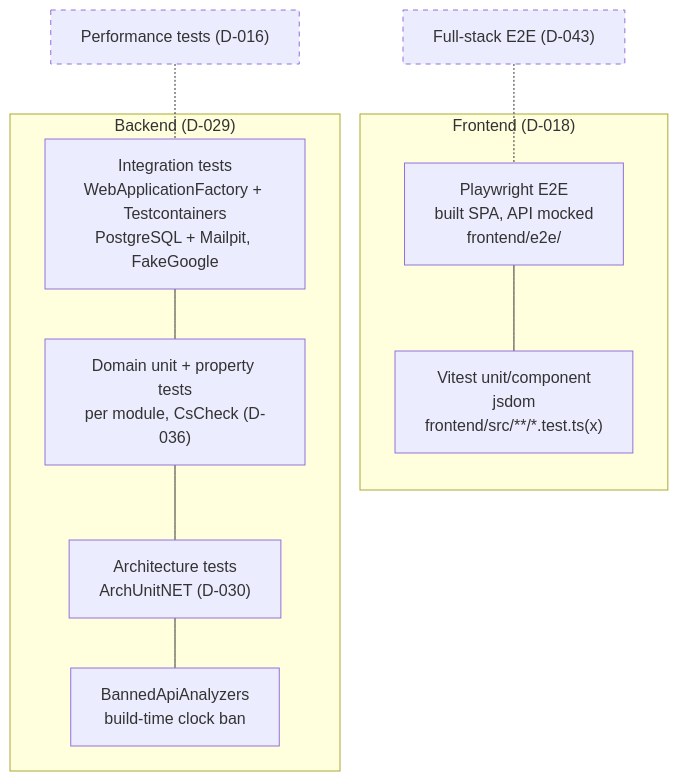
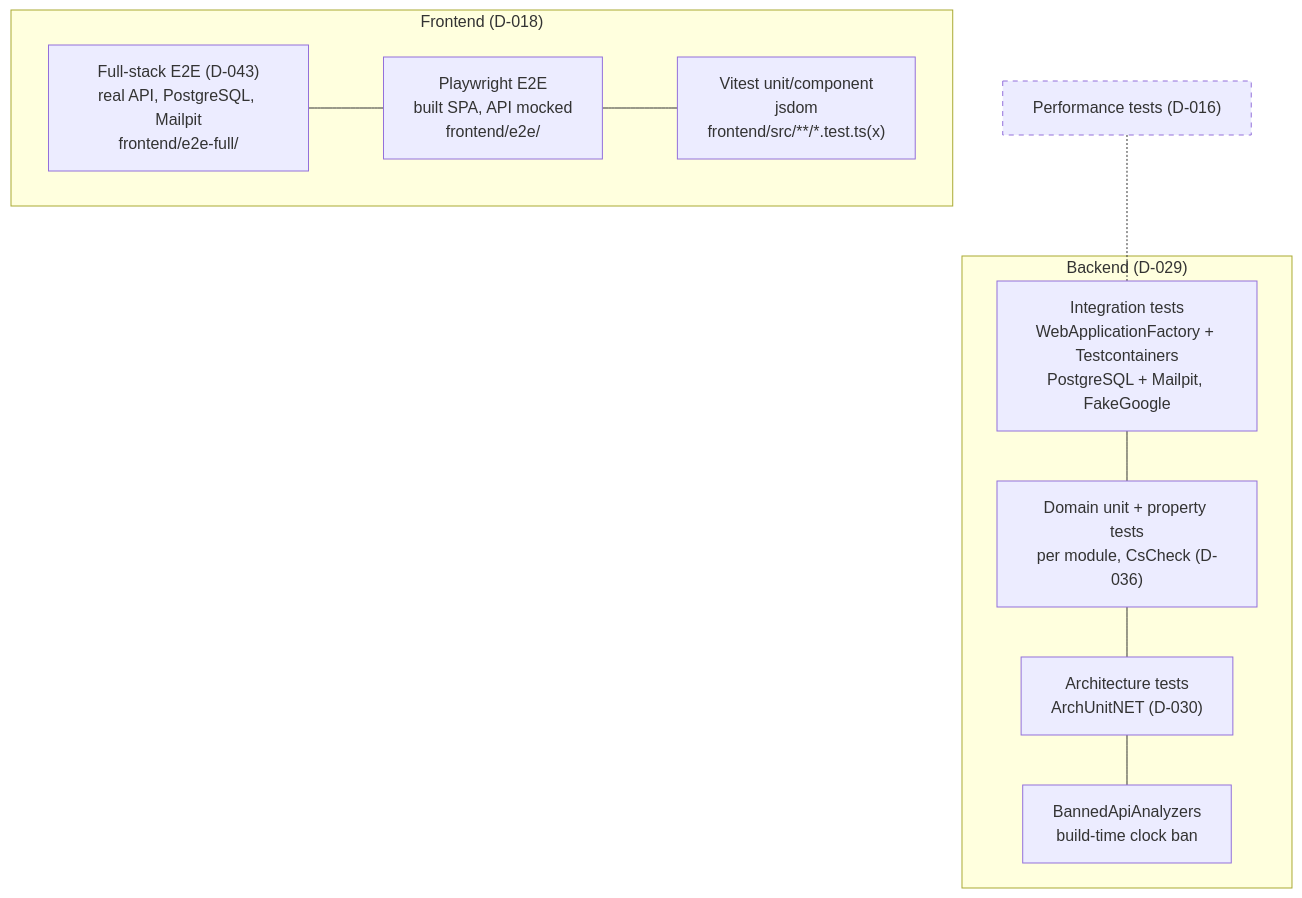
Before and after one commit to Gafion/FitnessCenterSystem: the first of 3 diagrams in docs/testing.md, drawn with Mermaid. The commit also changed other lines of this file and 8 other files, not shown here.

First line of the commit message:
FIT-59: full-stack E2E flows in CI (D-043)

````diff
--- a/docs/testing.md
+++ b/docs/testing.md
@@ -9,20 +9,21 @@
 ```mermaid
 flowchart TB
   subgraph FE["Frontend (D-018)"]
     PW["Playwright E2E<br/>built SPA, API mocked<br/>frontend/e2e/"]
+    FS["Full-stack E2E (D-043)<br/>real API, PostgreSQL, Mailpit<br/>frontend/e2e-full/"]
     VT["Vitest unit/component<br/>jsdom<br/>frontend/src/**/*.test.ts(x)"]
   end
   subgraph BE["Backend (D-029)"]
     INT["Integration tests<br/>WebApplicationFactory + Testcontainers<br/>PostgreSQL + Mailpit, FakeGoogle"]
     UNIT["Domain unit + property tests<br/>per module, CsCheck (D-036)"]
     ARCH["Architecture tests<br/>ArchUnitNET (D-030)"]
     BAN["BannedApiAnalyzers<br/>build-time clock ban"]
   end
+  FS --- PW
   PW --- VT
   INT --- UNIT
   UNIT --- ARCH
   ARCH --- BAN
-  PLAN1["Full-stack E2E (D-043)"]:::planned -.- PW
-  PLAN2["Performance tests (D-016)"]:::planned -.- INT
+  PLAN1["Performance tests (D-016)"]:::planned -.- INT
   classDef planned stroke-dasharray: 5 5
 ```
````
